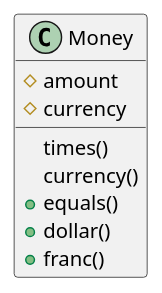
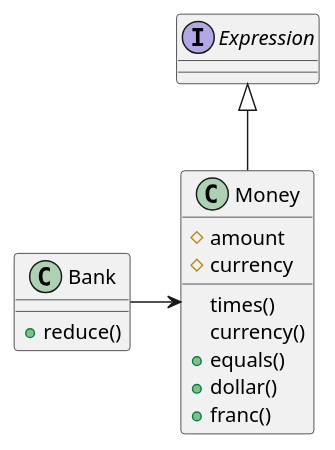
Before and after one commit to k2works/etude_for_java: the diagram in docs/_tdd.md, drawn with PlantUML. The commit also changed other lines of this file and 6 other files, not shown here.

````diff
--- a/docs/_tdd.md
+++ b/docs/_tdd.md
@@ -41,12 +41,17 @@
 ```puml
 class Money {
   # amount
   # currency
   times()
   currency()
   + equals()
   + dollar()
   + franc()
-
 }
+interface Expression
+class Bank {
+  + reduce()
+}
+Expression <|-- Money
+Bank -> Money
 ```
````
